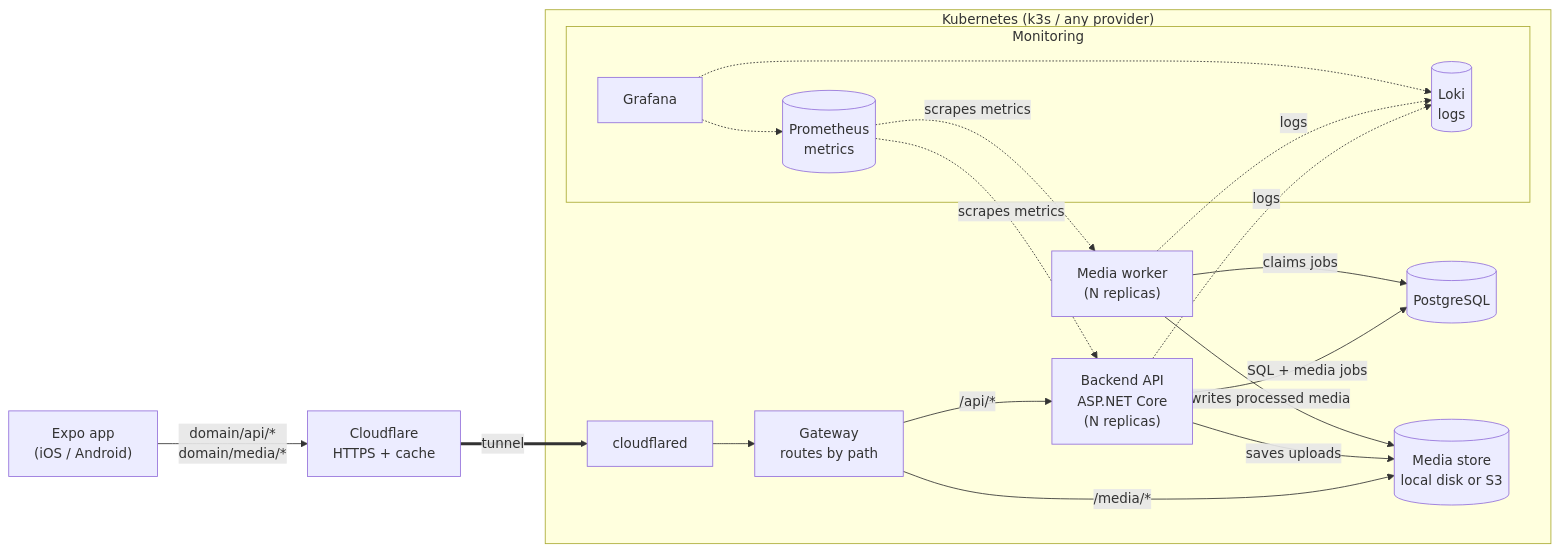
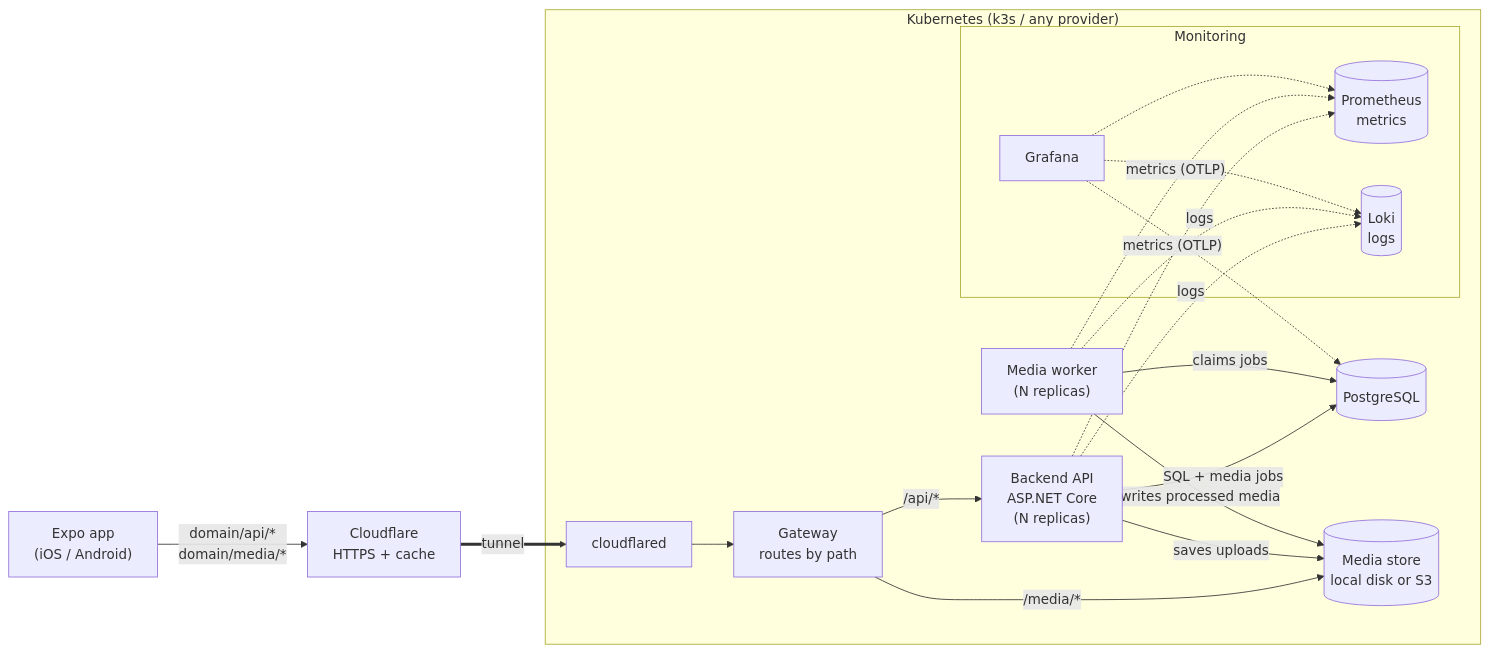
Before and after one commit to Aarhus-tech-project/2026q4-h5-projektstyring-og-app-programmering-group-2: the first of 2 diagrams in ServiceDiagram.md, drawn with Mermaid. The commit also changed other lines of this file and 3 other files, not shown here.

Commit message:
Updated Diagrams

````diff
--- a/ServiceDiagram.md
+++ b/ServiceDiagram.md
@@ -3,41 +3,42 @@
 ```mermaid
 flowchart LR
     app["Expo app<br/>(iOS / Android)"]
     cf["Cloudflare<br/>HTTPS + cache"]
 
     subgraph k8s["Kubernetes (k3s / any provider)"]
         tunnel["cloudflared"]
         gw["Gateway<br/>routes by path"]
 
         backend["Backend API<br/>ASP.NET Core<br/>(N replicas)"]
         worker["Media worker<br/>(N replicas)"]
 
         db[("PostgreSQL")]
         store[("Media store<br/>local disk or S3")]
 
         subgraph obs["Monitoring"]
             prom[("Prometheus<br/>metrics")]
             loki[("Loki<br/>logs")]
             grafana["Grafana"]
         end
     end
 
     app -- "domain/api/*<br/>domain/media/*" --> cf
     cf == "tunnel" ==> tunnel
     tunnel --> gw
 
     gw -- "/api/*" --> backend
     gw -- "/media/*" --> store
 
     backend -- "SQL + media jobs" --> db
     worker -- "claims jobs" --> db
     backend -- "saves uploads" --> store
     worker -- "writes processed media" --> store
 
     backend -. "logs" .-> loki
     worker -. "logs" .-> loki
-    prom -. "scrapes metrics" .-> backend
-    prom -. "scrapes metrics" .-> worker
+    backend -. "metrics (OTLP)" .-> prom
+    worker -. "metrics (OTLP)" .-> prom
     grafana -.-> prom
     grafana -.-> loki
+    grafana -.-> db
 ```
````
